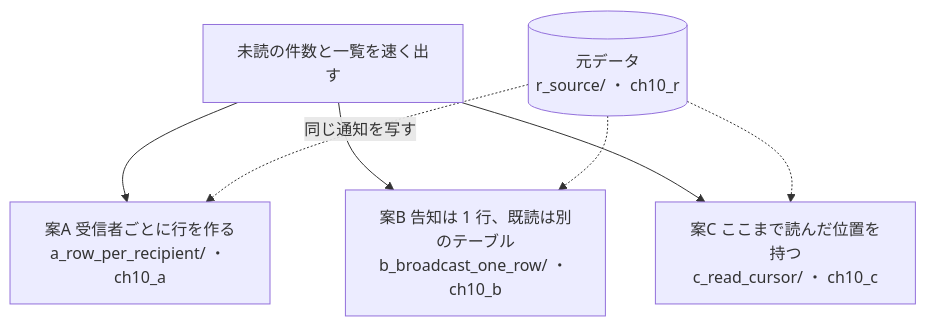
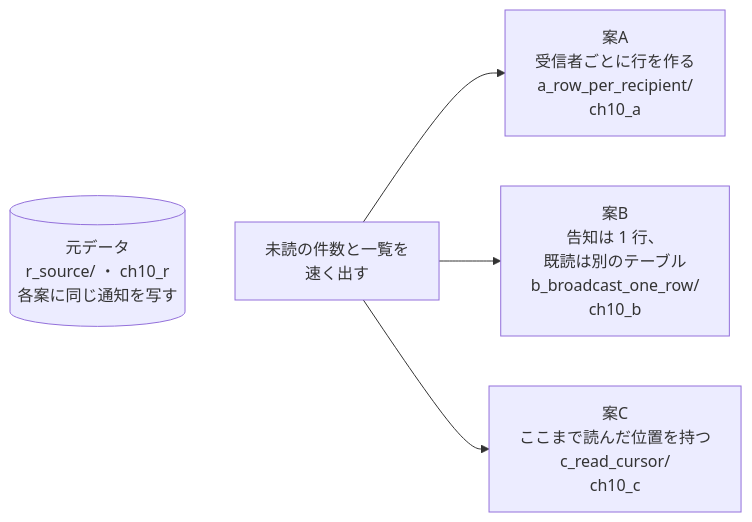
One commit to driftnode986/postgresql-db-design-samples changed the first of 6 diagrams in ch10_notification_and_read_status/README.md. Above: the diagram before and after it, drawn with Mermaid. The commit also changed other lines of this file and 15 other files, not shown here.

First line of the commit message:
docs: 設計案の構成図を縦並びにし、幅の広い ER 図を分けて、GitHub で縮まない大きさにする

````diff
--- a/ch10_notification_and_read_status/README.md
+++ b/ch10_notification_and_read_status/README.md
@@ -16,11 +16,9 @@
 ```mermaid
-flowchart TD
-  Q["未読の件数と一覧を速く出す"]
-  R[("元データ<br/>r_source/ ・ ch10_r")]
-  Q --> A["案A 受信者ごとに行を作る<br/>a_row_per_recipient/ ・ ch10_a"]
-  Q --> B["案B 告知は 1 行、既読は別のテーブル<br/>b_broadcast_one_row/ ・ ch10_b"]
-  Q --> C["案C ここまで読んだ位置を持つ<br/>c_read_cursor/ ・ ch10_c"]
-  R -.->|同じ通知を写す| A
-  R -.-> B
-  R -.-> C
+flowchart LR
+  Q["未読の件数と一覧を<br/>速く出す"]
+  R[("元データ<br/>r_source/ ・ ch10_r<br/>各案に同じ通知を写す")]
+  Q --> A["案A<br/>受信者ごとに行を作る<br/>a_row_per_recipient/<br/>ch10_a"]
+  Q --> B["案B<br/>告知は 1 行、<br/>既読は別のテーブル<br/>b_broadcast_one_row/<br/>ch10_b"]
+  Q --> C["案C<br/>ここまで読んだ位置を持つ<br/>c_read_cursor/<br/>ch10_c"]
+  R ~~~ Q
 ```
````
